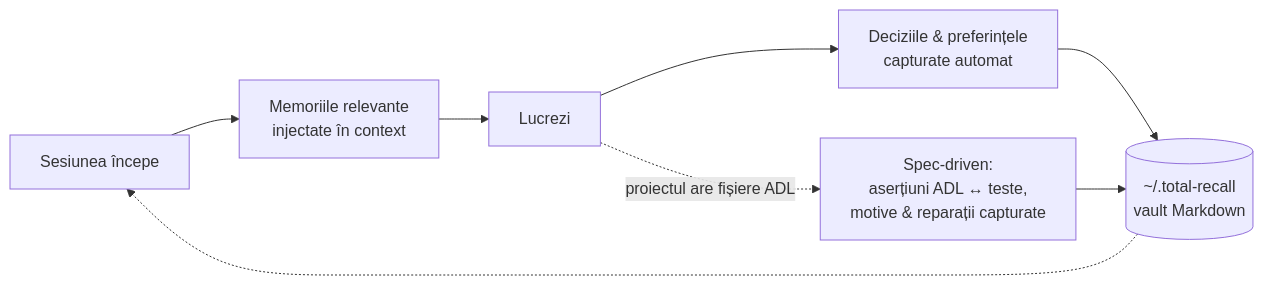
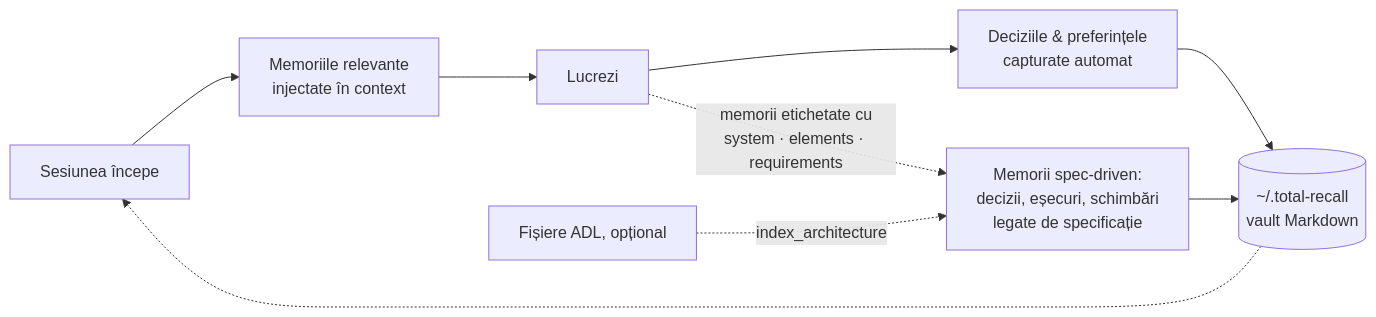
The first of 2 diagrams in README-ro.md (adrian-balaban/total-recall), drawn with Mermaid before and after one commit. The commit also changed other lines of this file and 2 other files, not shown here.

Commit message:
docs: spec-driven works with memories alone, ADL is optional

````diff
--- a/README-ro.md
+++ b/README-ro.md
@@ -20,10 +20,11 @@
 ```mermaid
 flowchart LR
     A[Sesiunea începe] --> B[Memoriile relevante<br/>injectate în context]
     B --> C[Lucrezi]
     C --> D[Deciziile & preferințele<br/>capturate automat]
     D --> E[(~/.total-recall<br/>vault Markdown)]
     E -.-> A
-    C -.->|proiectul are fișiere ADL| G[Spec-driven:<br/>aserțiuni ADL ↔ teste,<br/>motive & reparații capturate]
+    C -.->|memorii etichetate cu<br/>system · elements · requirements| G[Memorii spec-driven:<br/>decizii, eșecuri, schimbări<br/>legate de specificație]
     G --> E
+    H[Fișiere ADL, opțional] -.->|index_architecture| G
 ```
````
